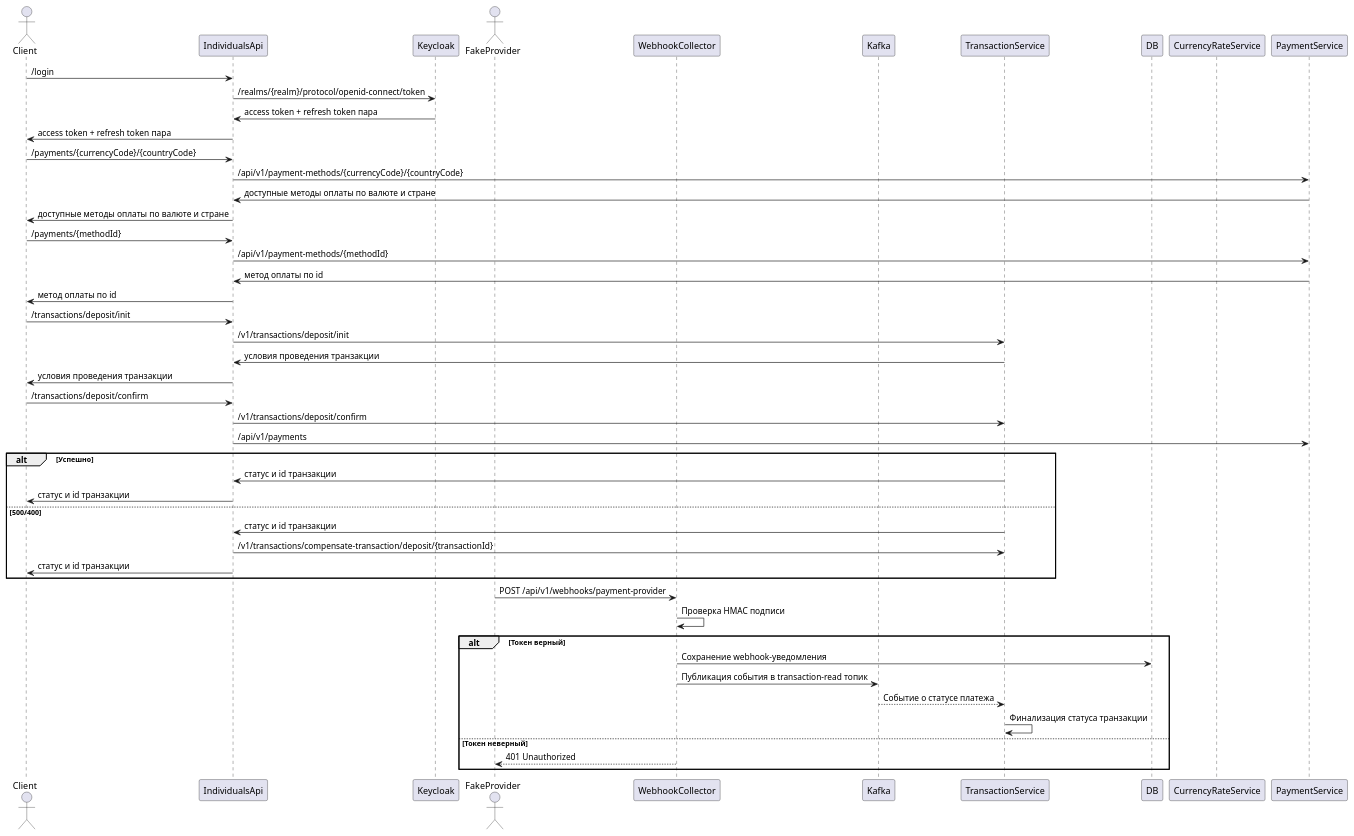
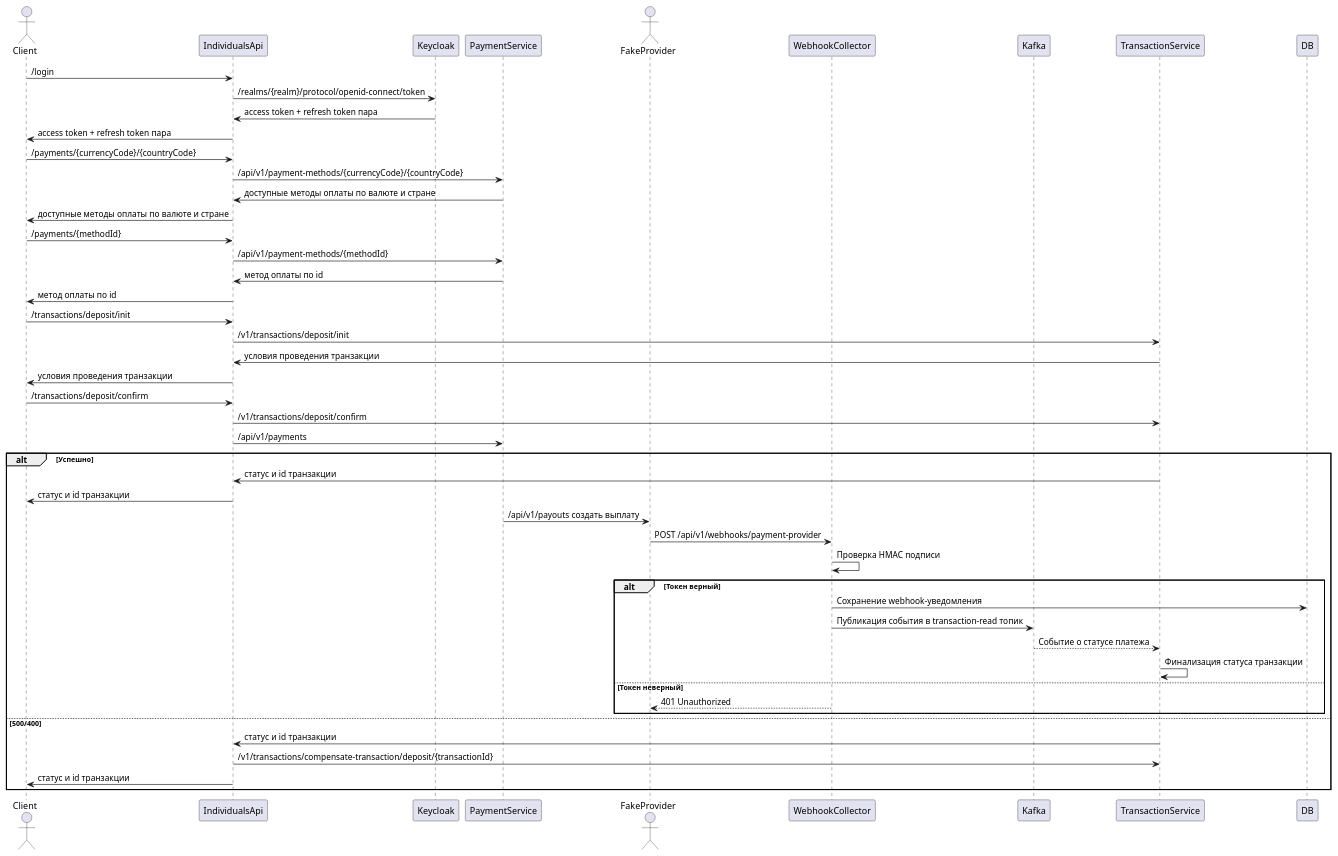
Before and after one commit to ubivza/payment-system: the diagram in diagrams/module_7/sequence_diagram_m7.puml, drawn with PlantUML.

Commit message:
fix sequence diagram

```diff
--- a/diagrams/module_7/sequence_diagram_m7.puml
+++ b/diagrams/module_7/sequence_diagram_m7.puml
@@ -1,57 +1,55 @@
 @startuml
 actor Client
 participant IndividualsApi
 participant Keycloak
+participant PaymentService
 
 actor FakeProvider
 participant WebhookCollector
 participant Kafka
 participant TransactionService
 participant DB
-participant CurrencyRateService
-participant PaymentService
 
 Client -> IndividualsApi: /login
 IndividualsApi -> Keycloak: /realms/{realm}/protocol/openid-connect/token
 Keycloak -> IndividualsApi: access token + refresh token пара
 IndividualsApi -> Client: access token + refresh token пара
 
 Client -> IndividualsApi: /payments/{currencyCode}/{countryCode}
 IndividualsApi -> PaymentService: /api/v1/payment-methods/{currencyCode}/{countryCode}
 PaymentService -> IndividualsApi: доступные методы оплаты по валюте и стране
 IndividualsApi -> Client: доступные методы оплаты по валюте и стране
 
 Client -> IndividualsApi: /payments/{methodId}
 IndividualsApi -> PaymentService: /api/v1/payment-methods/{methodId}
 PaymentService -> IndividualsApi: метод оплаты по id
 IndividualsApi -> Client: метод оплаты по id
 
 Client -> IndividualsApi: /transactions/deposit/init
 IndividualsApi -> TransactionService: /v1/transactions/deposit/init
 TransactionService -> IndividualsApi: условия проведения транзакции
 IndividualsApi -> Client: условия проведения транзакции
 
 Client -> IndividualsApi: /transactions/deposit/confirm
 IndividualsApi -> TransactionService: /v1/transactions/deposit/confirm
 IndividualsApi -> PaymentService: /api/v1/payments
 alt Успешно
     TransactionService -> IndividualsApi: статус и id транзакции
     IndividualsApi -> Client: статус и id транзакции
+    PaymentService -> FakeProvider: /api/v1/payouts создать выплату
+    FakeProvider -> WebhookCollector: POST /api/v1/webhooks/payment-provider
+    WebhookCollector -> WebhookCollector: Проверка HMAC подписи
+    alt Токен верный
+        WebhookCollector -> DB: Сохранение webhook-уведомления
+        WebhookCollector -> Kafka: Публикация события в transaction-read топик
+        Kafka --> TransactionService: Событие о статусе платежа
+        TransactionService -> TransactionService: Финализация статуса транзакции
+    else Токен неверный
+        WebhookCollector --> FakeProvider: 401 Unauthorized
+    end
 else 500/400
     TransactionService -> IndividualsApi: статус и id транзакции
     IndividualsApi -> TransactionService: /v1/transactions/compensate-transaction/deposit/{transactionId}
     IndividualsApi -> Client: статус и id транзакции
 end
-
-
-FakeProvider -> WebhookCollector: POST /api/v1/webhooks/payment-provider
-WebhookCollector -> WebhookCollector: Проверка HMAC подписи
-alt Токен верный
-    WebhookCollector -> DB: Сохранение webhook-уведомления
-    WebhookCollector -> Kafka: Публикация события в transaction-read топик
-    Kafka --> TransactionService: Событие о статусе платежа
-    TransactionService -> TransactionService: Финализация статуса транзакции
-else Токен неверный
-    WebhookCollector --> FakeProvider: 401 Unauthorized
-end
 @enduml
```
